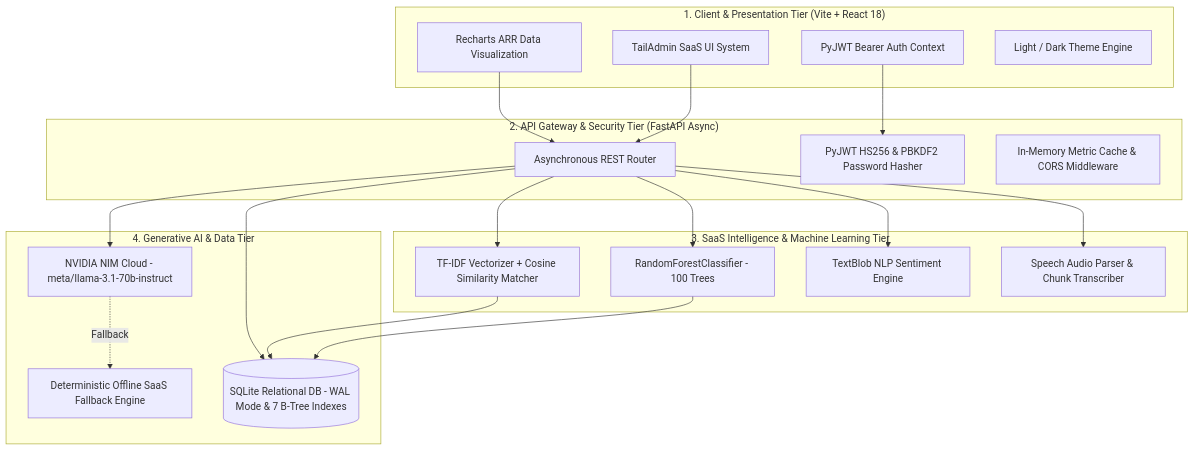
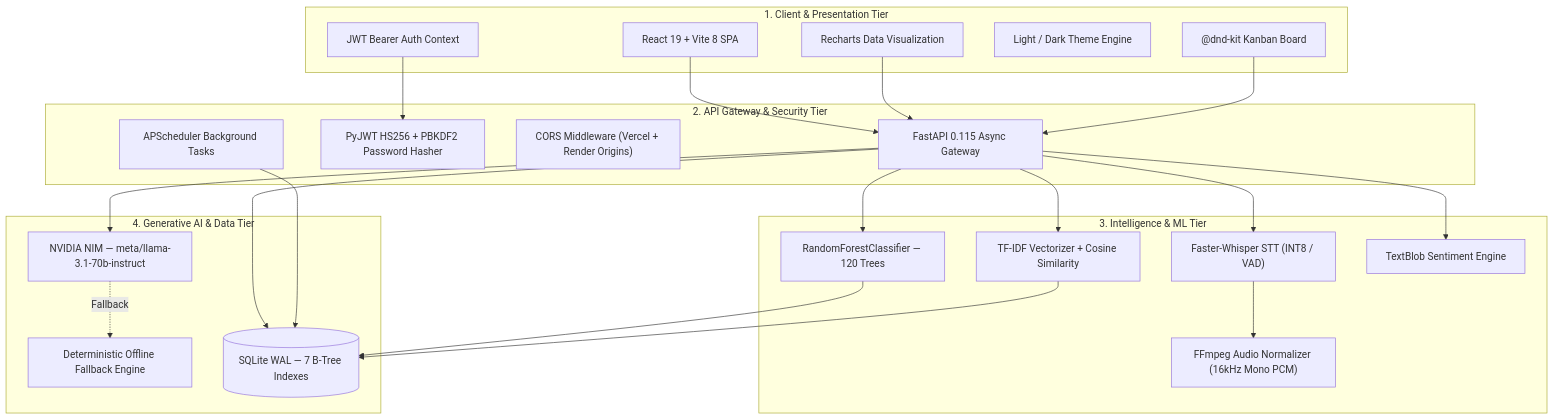
The diagram in README.md (shubh152205/SaaS-SalesGenieAI), drawn with Mermaid before and after one commit. The commit also changed other lines of this file, not shown here.

Commit message:
docs: complete README rewrite — accurate versions, full API reference, Docker/Render/Vercel deployment guide

````diff
--- a/README.md
+++ b/README.md
@@ -64,41 +67,47 @@
 ```mermaid
 graph TD
-    subgraph "1. Client & Presentation Tier (Vite + React 18)"
-        UI[TailAdmin SaaS UI System]
-        Charts[Recharts ARR Data Visualization]
-        AuthC[PyJWT Bearer Auth Context]
-        ThemeC[Light / Dark Theme Engine]
+    subgraph "1. Client & Presentation Tier"
+        UI["React 19 + Vite 8 SPA"]
+        Charts["Recharts Data Visualization"]
+        Auth_C["JWT Bearer Auth Context"]
+        Theme_C["Light / Dark Theme Engine"]
+        DnD["@dnd-kit Kanban Board"]
     end
 
-    subgraph "2. API Gateway & Security Tier (FastAPI Async)"
-        Router[Asynchronous REST Router]
-        AuthSec[PyJWT HS256 & PBKDF2 Password Hasher]
-        Cache[In-Memory Metric Cache & CORS Middleware]
+    subgraph "2. API Gateway & Security Tier"
+        Gateway["FastAPI 0.115 Async Gateway"]
+        JWT_Auth["PyJWT HS256 + PBKDF2 Password Hasher"]
+        CORS["CORS Middleware (Vercel + Render Origins)"]
+        Scheduler["APScheduler Background Tasks"]
     end
 
-    subgraph "3. SaaS Intelligence & Machine Learning Tier"
-        RF[RandomForestClassifier - 100 Trees]
-        TFIDF[TF-IDF Vectorizer + Cosine Similarity Matcher]
-        NLP[TextBlob NLP Sentiment Engine]
-        AudioProc[Speech Audio Parser & Chunk Transcriber]
+    subgraph "3. Intelligence & ML Tier"
+        RF["RandomForestClassifier — 120 Trees"]
+        TFIDF["TF-IDF Vectorizer + Cosine Similarity"]
+        Whisper["Faster-Whisper STT (INT8 / VAD)"]
+        NLP["TextBlob Sentiment Engine"]
+        ffmpeg["FFmpeg Audio Normalizer (16kHz Mono PCM)"]
     end
 
     subgraph "4. Generative AI & Data Tier"
-        NIM[NVIDIA NIM Cloud - meta/llama-3.1-70b-instruct]
-        Fallback[Deterministic Offline SaaS Fallback Engine]
-        DB[(SQLite Relational DB - WAL Mode & 7 B-Tree Indexes)]
+        NIM["NVIDIA NIM — meta/llama-3.1-70b-instruct"]
+        Fallback["Deterministic Offline Fallback Engine"]
+        DB[("SQLite WAL — 7 B-Tree Indexes")]
     end
 
-    UI --> Router
-    Charts --> Router
-    AuthC --> AuthSec
-    Router --> RF
-    Router --> TFIDF
-    Router --> NLP
-    Router --> AudioProc
-    Router --> NIM
+    UI --> Gateway
+    Charts --> Gateway
+    Auth_C --> JWT_Auth
+    DnD --> Gateway
+    Gateway --> RF
+    Gateway --> TFIDF
+    Gateway --> Whisper
+    Whisper --> ffmpeg
+    Gateway --> NLP
+    Gateway --> NIM
     NIM -. Fallback .-> Fallback
     RF --> DB
     TFIDF --> DB
-    Router --> DB
+    Gateway --> DB
+    Scheduler --> DB
 ```
````
